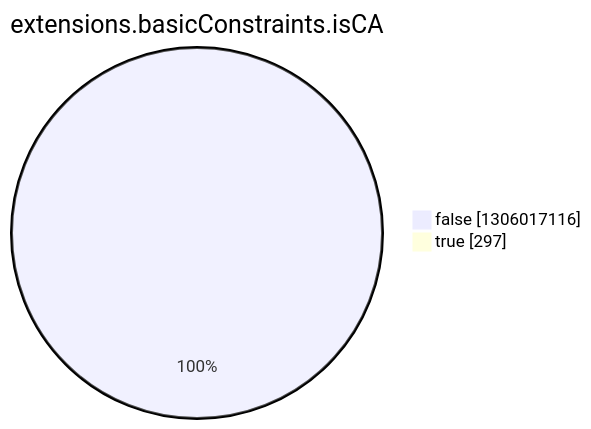
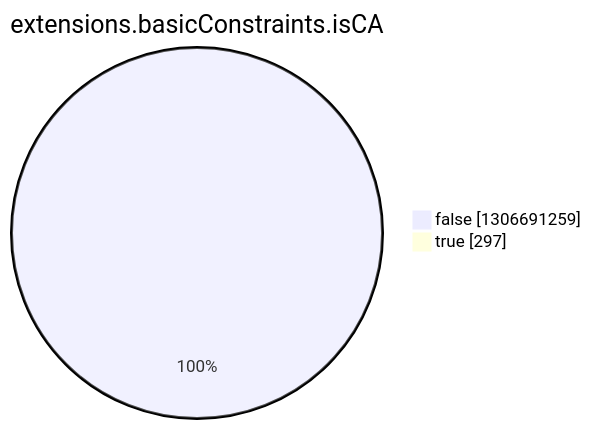
The eighth of 15 diagrams in argon2022/README.md (christiankrug/ctmonitor_visualization), drawn with Mermaid before and after one commit. The commit also changed other lines of this file, not shown here.

````diff
--- a/argon2022/README.md
+++ b/argon2022/README.md
@@ -2757,6 +2757,6 @@
 ```mermaid
 pie showData
 title extensions.basicConstraints.isCA
-"false" :1306017116
+"false" :1306691259
 "true" :297
 ```
````
